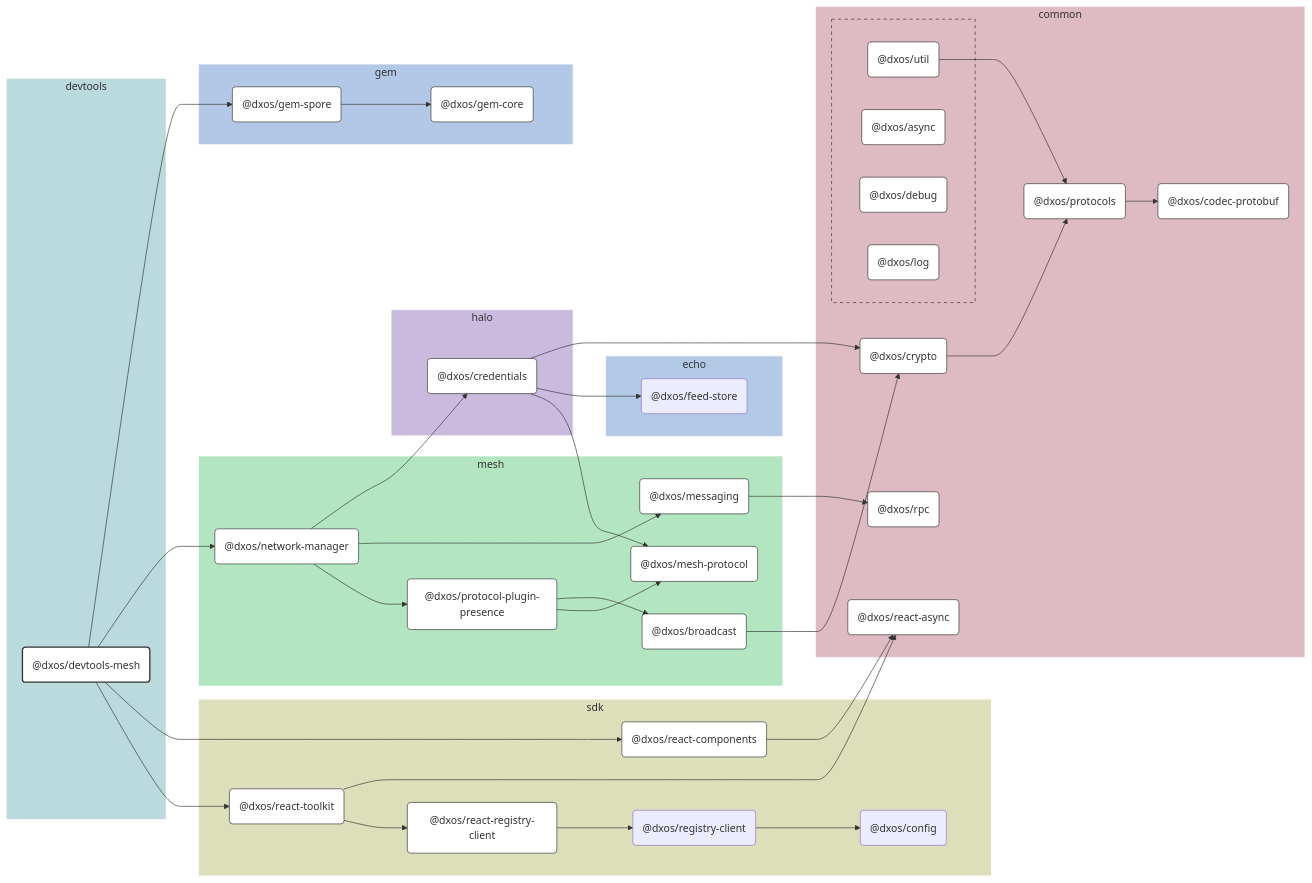
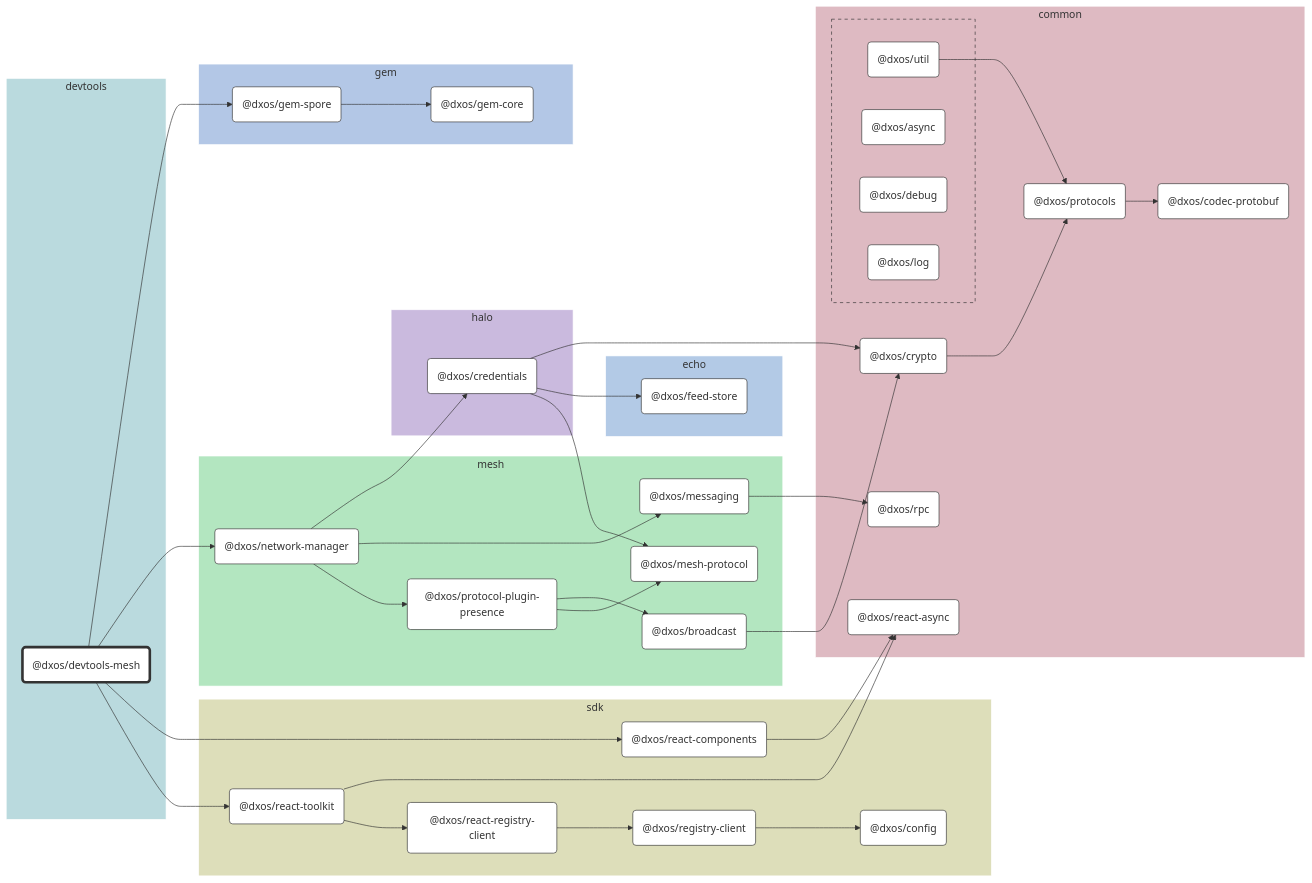
Before and after one commit to dxos/dxos: the diagram in packages/devtools/devtools-mesh/docs/README.md, drawn with Mermaid. The commit also changed other lines of this file and 86 other files, not shown here.

````diff
--- a/packages/devtools/devtools-mesh/docs/README.md
+++ b/packages/devtools/devtools-mesh/docs/README.md
@@ -104,9 +104,11 @@
 click dxos/async "dxos/dxos/tree/main/packages/common/async/docs";
 click dxos/broadcast "dxos/dxos/tree/main/packages/mesh/broadcast/docs";
 click dxos/codec-protobuf "dxos/dxos/tree/main/packages/common/codec-protobuf/docs";
+click dxos/config "dxos/dxos/tree/main/packages/sdk/config/docs";
 click dxos/credentials "dxos/dxos/tree/main/packages/halo/credentials/docs";
 click dxos/crypto "dxos/dxos/tree/main/packages/common/crypto/docs";
 click dxos/debug "dxos/dxos/tree/main/packages/common/debug/docs";
+click dxos/feed-store "dxos/dxos/tree/main/packages/echo/feed-store/docs";
 click dxos/gem-core "dxos/dxos/tree/main/packages/gem/gem-core/docs";
 click dxos/gem-spore "dxos/dxos/tree/main/packages/gem/gem-spore/docs";
 click dxos/log "dxos/dxos/tree/main/packages/common/log/docs";
@@ -119,11 +121,12 @@
 click dxos/react-components "dxos/dxos/tree/main/packages/sdk/react-components/docs";
 click dxos/react-registry-client "dxos/dxos/tree/main/packages/sdk/react-registry-client/docs";
 click dxos/react-toolkit "dxos/dxos/tree/main/packages/sdk/react-toolkit/docs";
+click dxos/registry-client "dxos/dxos/tree/main/packages/sdk/registry-client/docs";
 click dxos/rpc "dxos/dxos/tree/main/packages/common/rpc/docs";
 click dxos/util "dxos/dxos/tree/main/packages/common/util/docs";
 
 %% Styles
-classDef rootNode fill:#fff,stroke:#333,stroke-width:2px
+classDef rootNode fill:#fff,stroke:#333,stroke-width:4px
 classDef defaultNode fill:#fff,stroke:#333,stroke-width:1px
 linkStyle default stroke:#333,stroke-width:1px
 
@@ -132,9 +135,11 @@
 dxos/async:::defaultNode
 dxos/broadcast:::defaultNode
 dxos/codec-protobuf:::defaultNode
+dxos/config:::defaultNode
 dxos/credentials:::defaultNode
 dxos/crypto:::defaultNode
 dxos/debug:::defaultNode
+dxos/feed-store:::defaultNode
 dxos/gem-core:::defaultNode
 dxos/gem-spore:::defaultNode
 dxos/log:::defaultNode
@@ -147,6 +152,7 @@
 dxos/react-components:::defaultNode
 dxos/react-registry-client:::defaultNode
 dxos/react-toolkit:::defaultNode
+dxos/registry-client:::defaultNode
 dxos/rpc:::defaultNode
 dxos/util:::defaultNode
 ```
````
